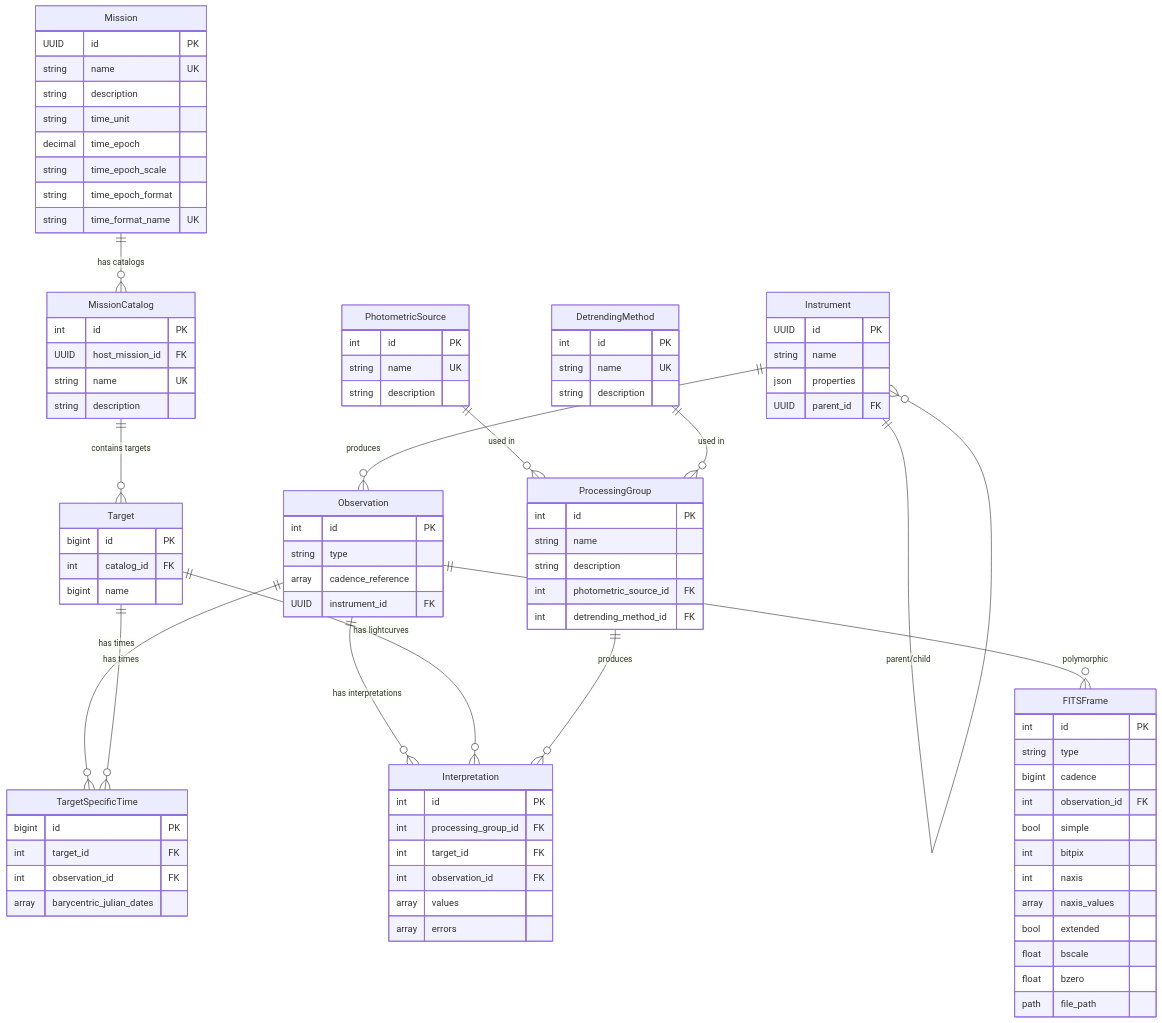
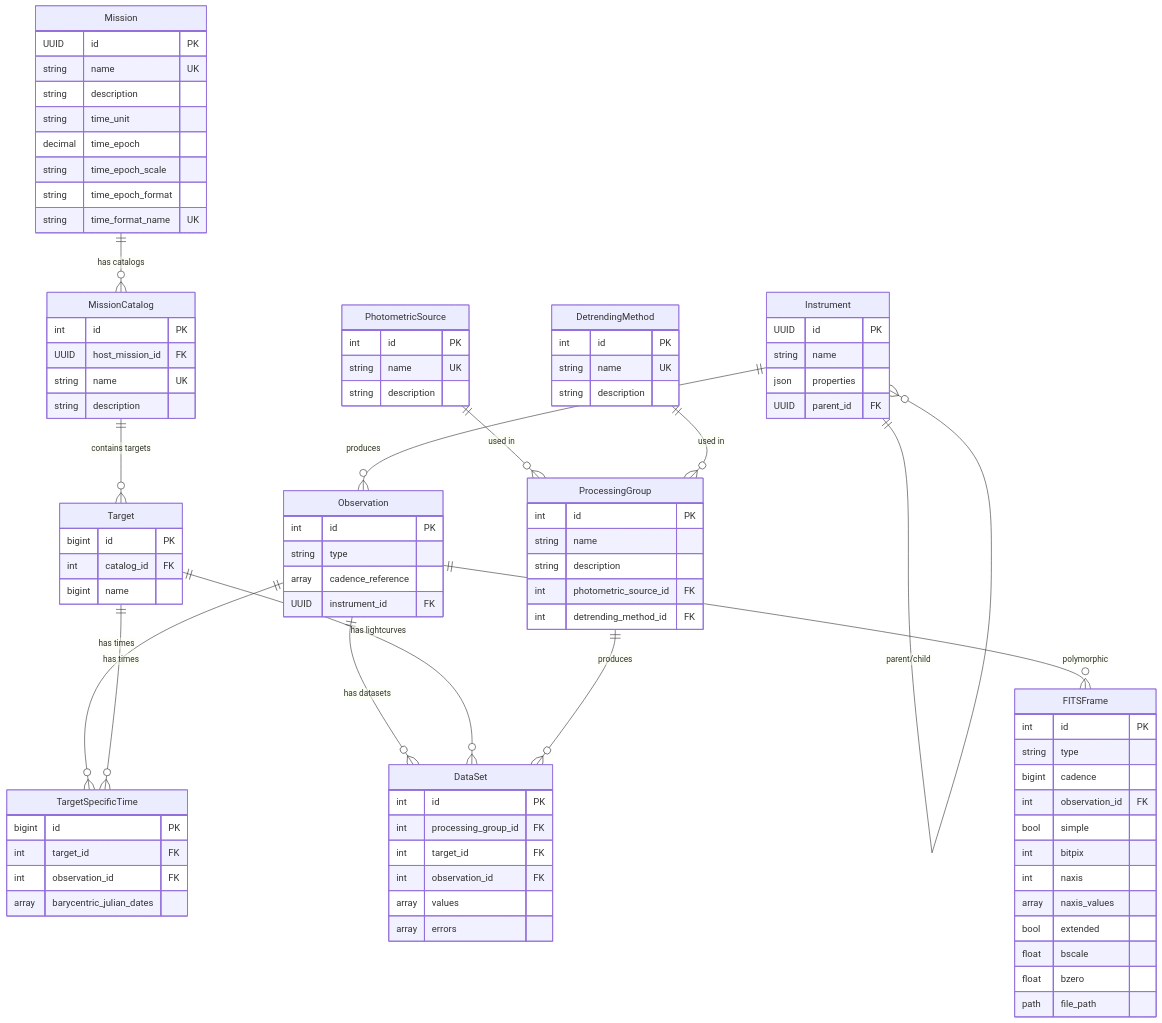
Before and after one commit to mit-kavli-institute/lightcurvedb: the diagram in docs/source/schema.rst, drawn with Mermaid. The commit also changed other lines of this file and 6 other files, not shown here.

First line of the commit message:
refactor: rename Interpretation class to DataSet

```diff
--- a/docs/source/schema.rst
+++ b/docs/source/schema.rst
@@ -28,14 +28,14 @@
 
        Observation ||--o{ FITSFrame : "polymorphic"
        Observation ||--o{ TargetSpecificTime : "has times"
-       Observation ||--o{ Interpretation : "has interpretations"
+       Observation ||--o{ DataSet : "has datasets"
 
        Target ||--o{ TargetSpecificTime : "has times"
-       Target ||--o{ Interpretation : "has lightcurves"
+       Target ||--o{ DataSet : "has lightcurves"
 
        PhotometricSource ||--o{ ProcessingGroup : "used in"
        DetrendingMethod ||--o{ ProcessingGroup : "used in"
-       ProcessingGroup ||--o{ Interpretation : "produces"
+       ProcessingGroup ||--o{ DataSet : "produces"
 
        Mission {
            UUID id PK
@@ -110,7 +110,7 @@
            int detrending_method_id FK
        }
 
-       Interpretation {
+       DataSet {
            int id PK
            int processing_group_id FK
            int target_id FK
```
